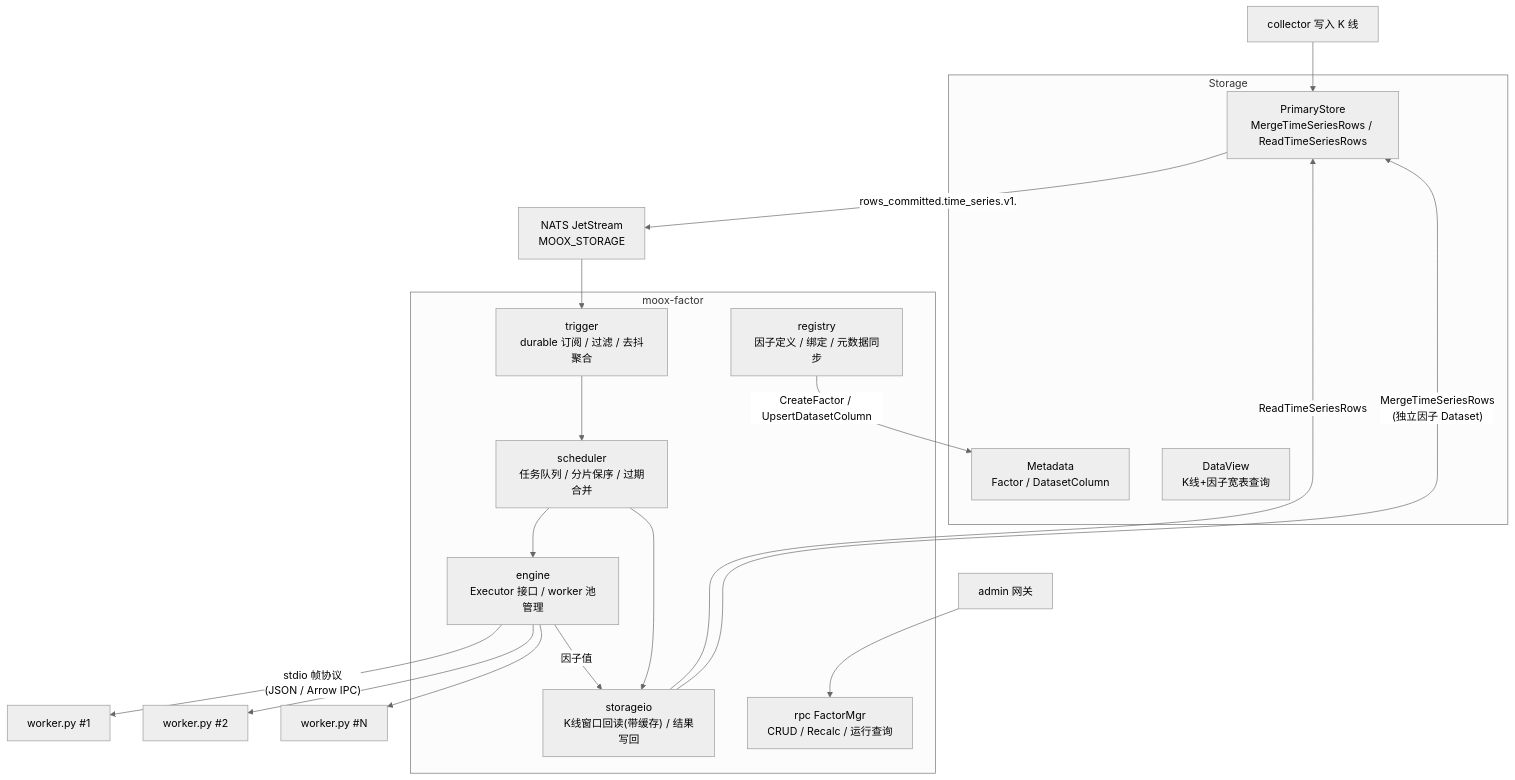
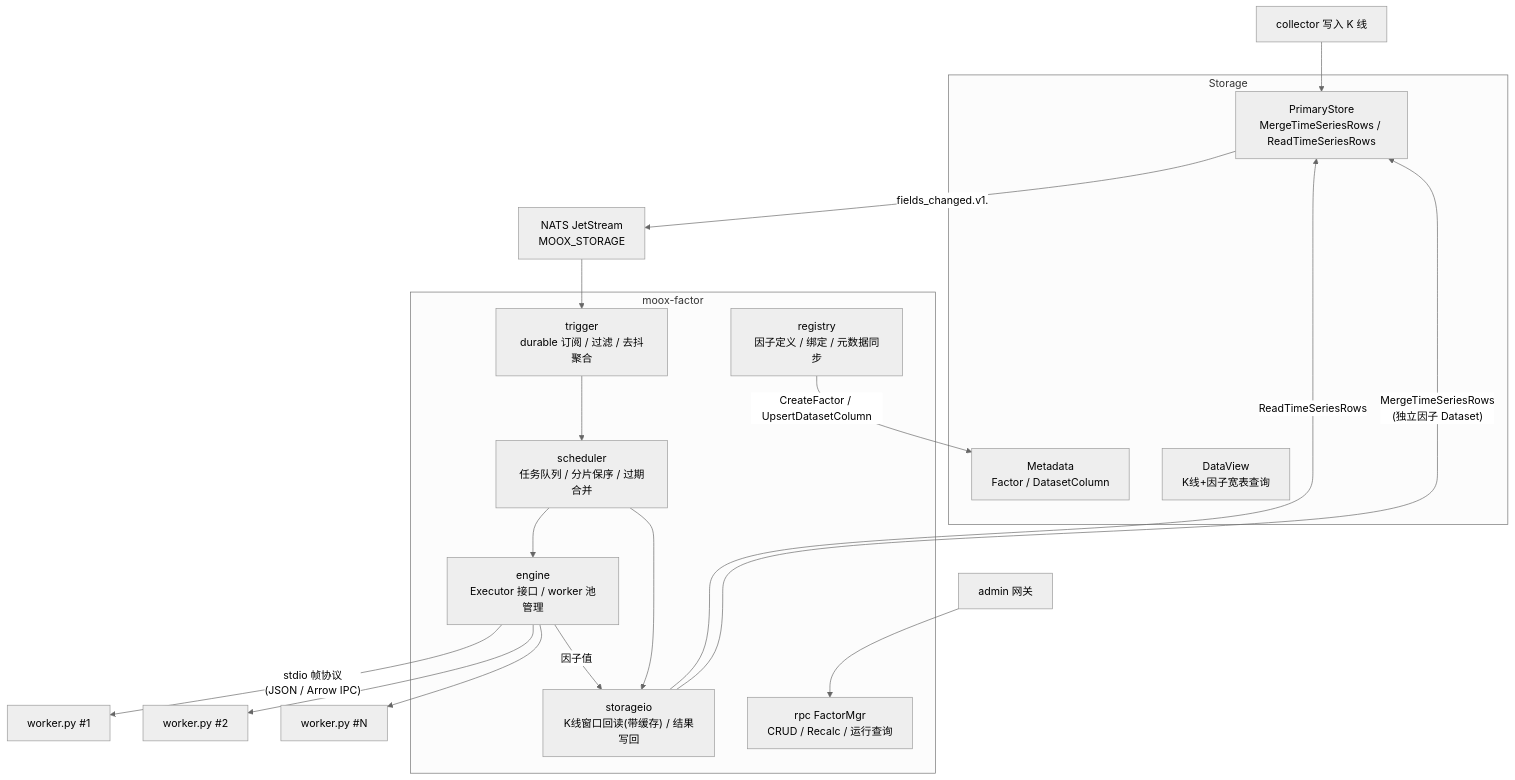
One commit to mooyang-code/moox changed the second of 3 diagrams in docs/因子计算模块设计.md. Above: the diagram before and after it, drawn with Mermaid (neutral theme). The commit also changed other lines of this file and 14 other files, not shown here.

````diff
--- a/docs/因子计算模块设计.md
+++ b/docs/因子计算模块设计.md
@@ -61,31 +61,31 @@
 ```mermaid
 flowchart TB
   subgraph storage["Storage"]
     PrimaryStore["PrimaryStore<br/>MergeTimeSeriesRows / ReadTimeSeriesRows"]
     Meta["Metadata<br/>Factor / DatasetColumn"]
     View["DataView<br/>K线+因子宽表查询"]
   end
 
   Collector["collector 写入 K 线"] --> PrimaryStore
-  PrimaryStore -- "rows_committed.time_series.v1.<shard>" --> JS["NATS JetStream<br/>MOOX_STORAGE"]
+  PrimaryStore -- "fields_changed.v1.<shard>" --> JS["NATS JetStream<br/>MOOX_STORAGE"]
 
   subgraph factor["moox-factor"]
     Trigger["trigger<br/>durable 订阅 / 过滤 / 去抖聚合"]
     Sched["scheduler<br/>任务队列 / 分片保序 / 过期合并"]
     SIO["storageio<br/>K线窗口回读(带缓存) / 结果写回"]
     Engine["engine<br/>Executor 接口 / worker 池管理"]
     Registry["registry<br/>因子定义 / 绑定 / 元数据同步"]
     RPC["rpc FactorMgr<br/>CRUD / Recalc / 运行查询"]
   end
 
   JS --> Trigger --> Sched --> Engine
   Sched --> SIO
   SIO -- ReadTimeSeriesRows --> PrimaryStore
   Engine -- "stdio 帧协议<br/>(JSON / Arrow IPC)" --> W1["worker.py #1"]
   Engine --> W2["worker.py #2"]
   Engine --> WN["worker.py #N"]
   Engine -- 因子值 --> SIO
   SIO -- "MergeTimeSeriesRows<br/>(独立因子 Dataset)" --> PrimaryStore
   Registry -- "CreateFactor / UpsertDatasetColumn" --> Meta
   Admin["admin 网关"] --> RPC
 ```
````
